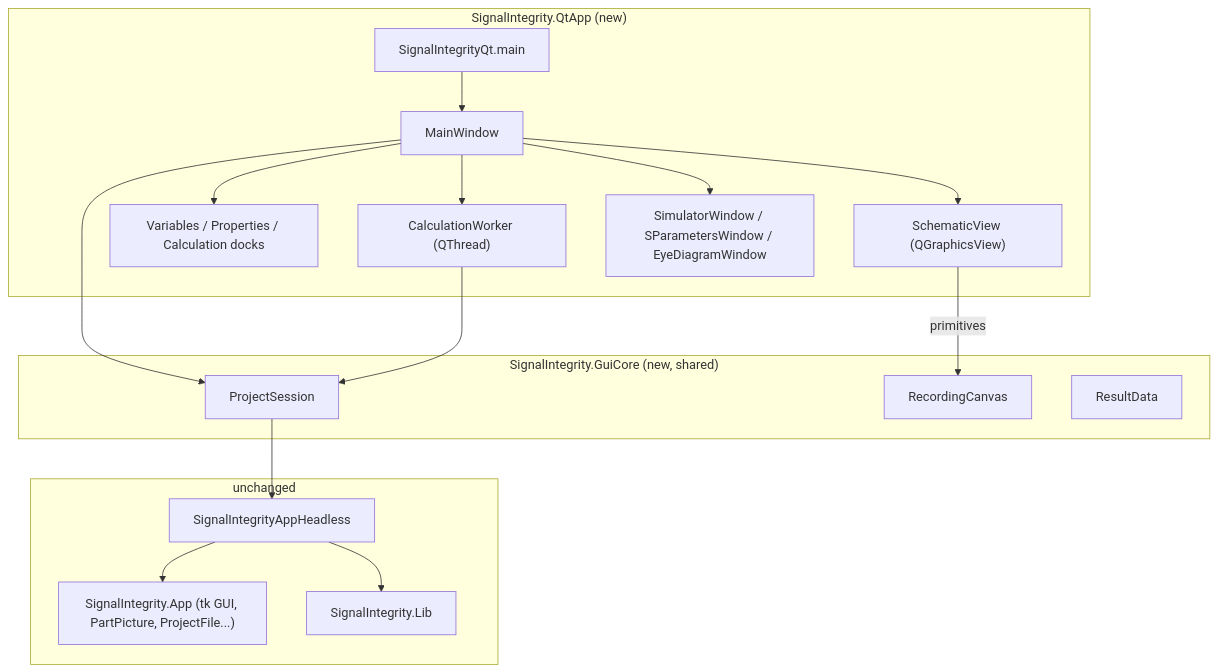
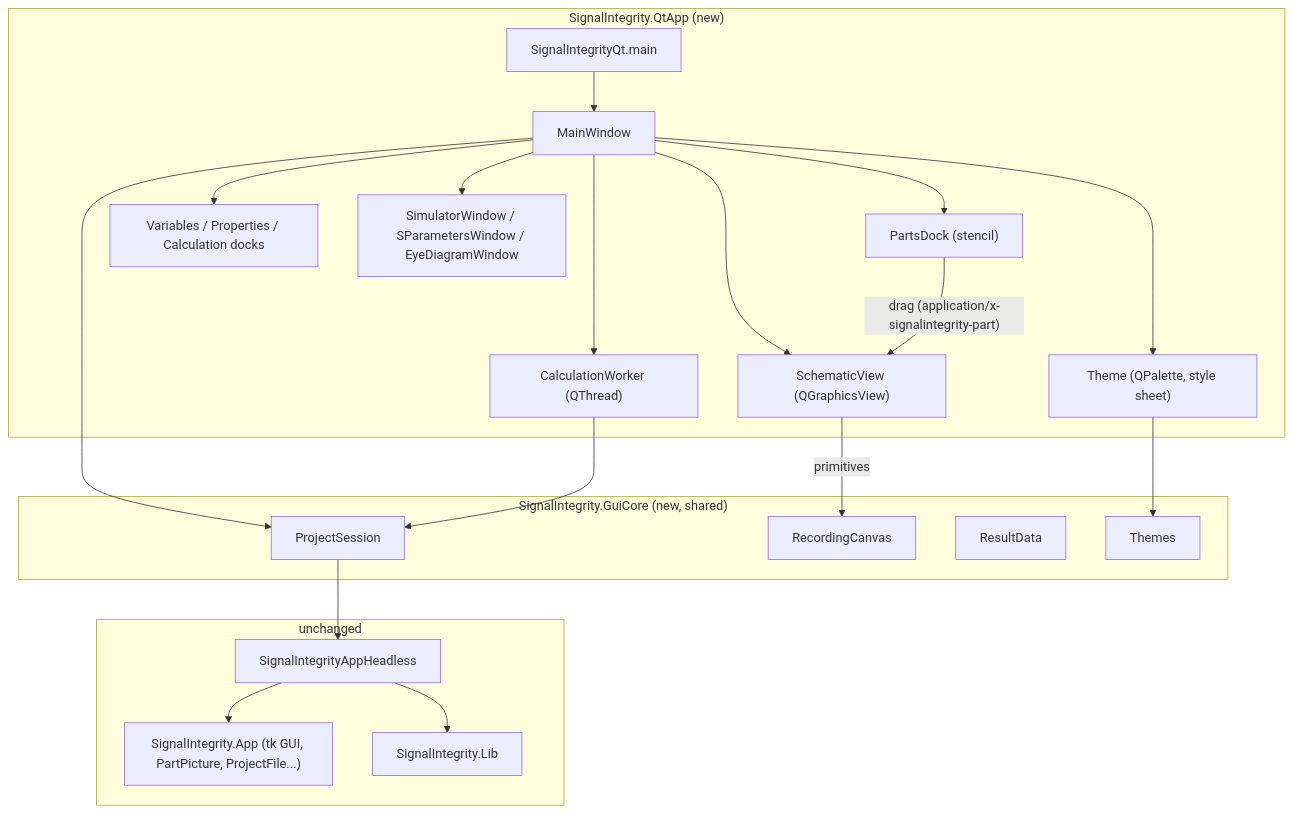
Before and after one commit to Nubis-Communications/SignalIntegrity: the diagram in SignalIntegrity/QtApp/README.md, drawn with Mermaid. The commit also changed other lines of this file and 17 other files, not shown here.

First line of the commit message:
Qt GUI: parts stencil, new projects, VS Code themes, app icon

````diff
--- a/SignalIntegrity/QtApp/README.md
+++ b/SignalIntegrity/QtApp/README.md
@@ -50,25 +53,30 @@
 ```mermaid
 flowchart TB
     subgraph QtApp["SignalIntegrity.QtApp (new)"]
         Main["SignalIntegrityQt.main"] --> MW[MainWindow]
         MW --> SV["SchematicView (QGraphicsView)"]
+        MW --> PD["PartsDock (stencil)"]
+        MW --> TH["Theme (QPalette, style sheet)"]
+        PD -->|"drag (application/x-signalintegrity-part)"| SV
         MW --> Docks["Variables / Properties / Calculation docks"]
         MW --> W["CalculationWorker (QThread)"]
         MW --> RW["SimulatorWindow / SParametersWindow / EyeDiagramWindow"]
     end
     subgraph GuiCore["SignalIntegrity.GuiCore (new, shared)"]
         PS[ProjectSession]
         RC[RecordingCanvas]
         RD[ResultData]
+        TM[Themes]
     end
     subgraph Existing["unchanged"]
         H[SignalIntegrityAppHeadless]
         App["SignalIntegrity.App (tk GUI, PartPicture, ProjectFile...)"]
         Lib[SignalIntegrity.Lib]
     end
     MW --> PS
     W --> PS
     SV -->|primitives| RC
+    TH --> TM
     PS --> H --> App
     H --> Lib
 ```
````
